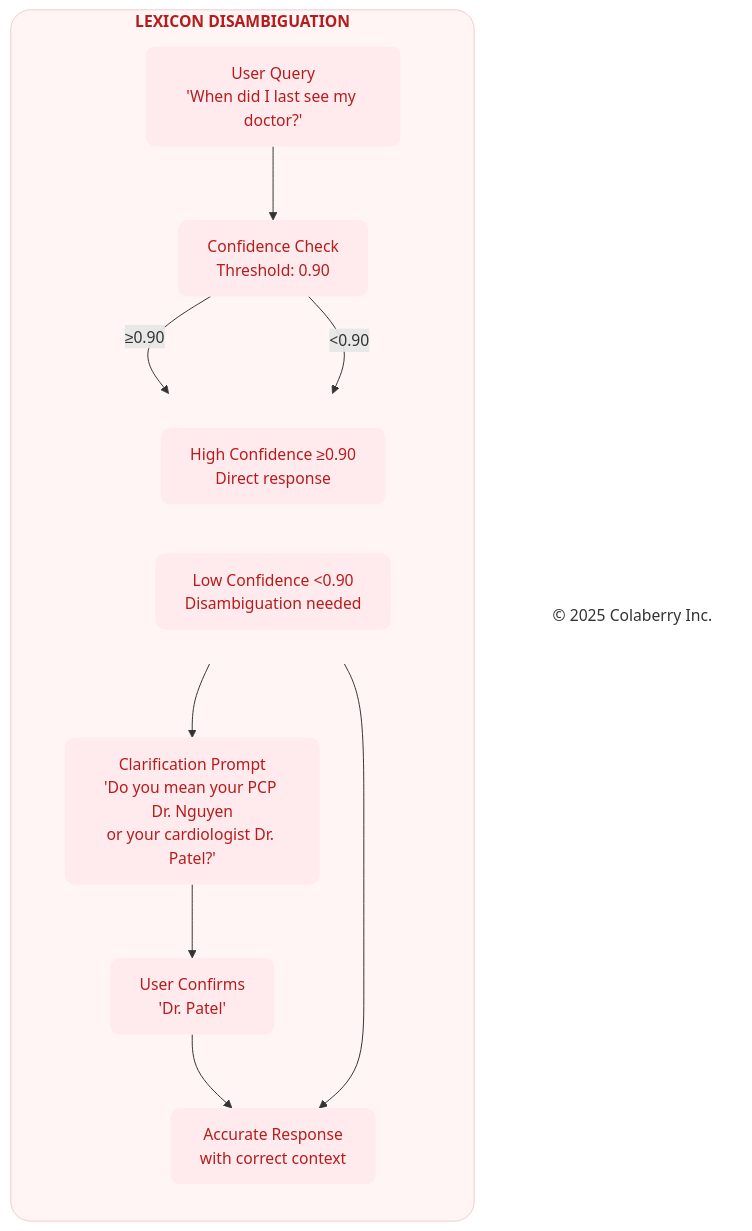
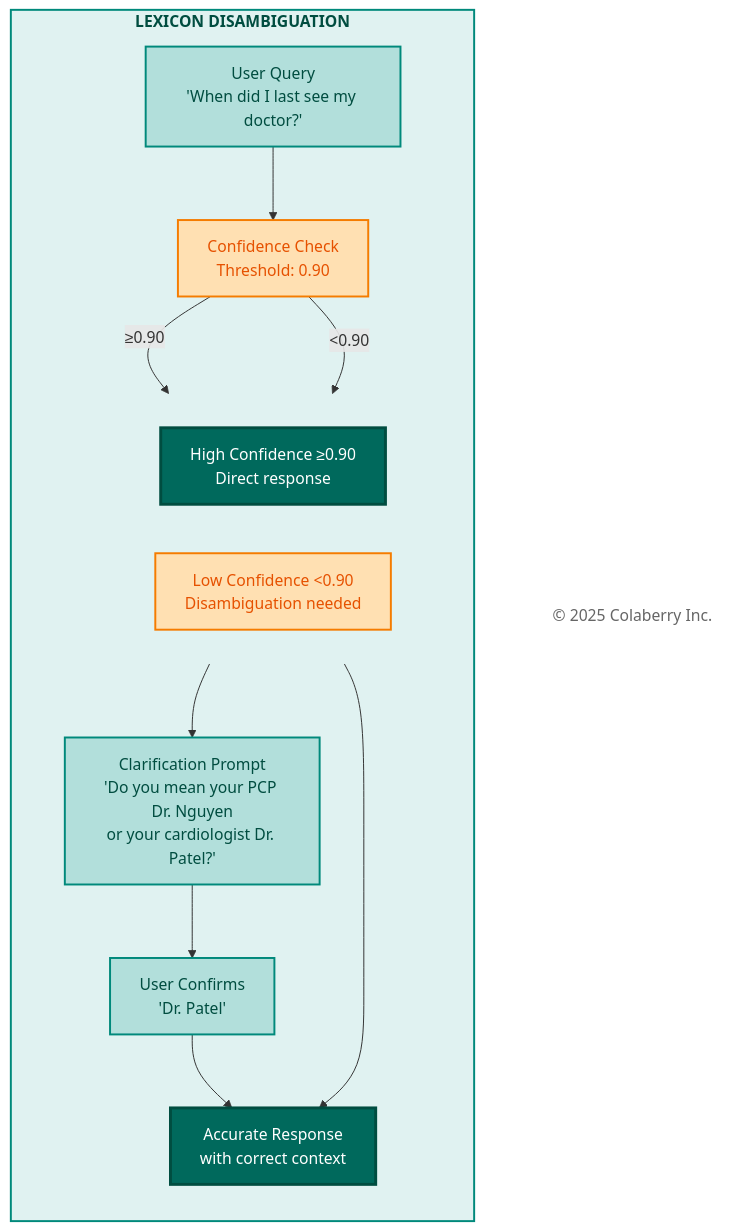
One commit to saitejesh-cyber/trust-before-intelligence-book changed the fifth of 11 diagrams in manuscript/09_chapter_8_architecture_of_trust_in_action.md. Above: the diagram before and after it, drawn with Mermaid. The commit also changed other lines of this file and 12 other files, not shown here.

Commit message:
Restore legacy Mermaid styles for Option 1

````diff
--- a/manuscript/09_chapter_8_architecture_of_trust_in_action.md
+++ b/manuscript/09_chapter_8_architecture_of_trust_in_action.md
@@ -339,42 +339,42 @@
 ```mermaid
 
 graph TB
   subgraph DISAMBIGUATION["<b>LEXICON DISAMBIGUATION</b>"]
     direction TB
     Q["User Query<br/>'When did I last see my doctor?'"]
     
     CONF["Confidence Check<br/>Threshold: 0.90"]
     
     subgraph PATHS[" "]
       direction LR
       HIGH["High Confidence ≥0.90<br/>Direct response"]
       LOW["Low Confidence <0.90<br/>Disambiguation needed"]
     end
     
     PROMPT["Clarification Prompt<br/>'Do you mean your PCP Dr. Nguyen<br/>or your cardiologist Dr. Patel?'"]
     
     RESP["User Confirms<br/>'Dr. Patel'"]
     
     RESULT["Accurate Response<br/>with correct context"]
   end
   
   Copyright["© 2025 Colaberry Inc."]
   
   Q --> CONF
   CONF -->|"≥0.90"| HIGH
   CONF -->|"<0.90"| LOW
   HIGH --> RESULT
   LOW --> PROMPT --> RESP --> RESULT
   
-  style DISAMBIGUATION fill:#fff5f5,stroke:#f2caca,stroke-width:1px,color:#b71c1c,rx:20,ry:20
-  style Q fill:#ffebee,stroke:none,color:#b71c1c,rx:10,ry:10
-  style CONF fill:#ffebee,stroke:none,color:#b71c1c,rx:10,ry:10
+  style DISAMBIGUATION fill:#e0f2f1,stroke:#00897b,stroke-width:2px,color:#004d40
+  style Q fill:#b2dfdb,stroke:#00897b,stroke-width:2px,color:#004d40
+  style CONF fill:#ffe0b2,stroke:#f57c00,stroke-width:2px,color:#e65100
   style PATHS fill:none,stroke:none
-  style HIGH fill:#ffebee,stroke:none,color:#b71c1c,rx:10,ry:10
-  style LOW fill:#ffebee,stroke:none,color:#b71c1c,rx:10,ry:10
-  style PROMPT fill:#ffebee,stroke:none,color:#b71c1c,rx:10,ry:10
-  style RESP fill:#ffebee,stroke:none,color:#b71c1c,rx:10,ry:10
-  style RESULT fill:#ffebee,stroke:none,color:#b71c1c,rx:10,ry:10
-  style Copyright fill:none,stroke:none,color:#333333
+  style HIGH fill:#00695c,color:#ffffff,stroke:#004d40,stroke-width:3px
+  style LOW fill:#ffe0b2,stroke:#f57c00,stroke-width:2px,color:#e65100
+  style PROMPT fill:#b2dfdb,stroke:#00897b,stroke-width:2px,color:#004d40
+  style RESP fill:#b2dfdb,stroke:#00897b,stroke-width:2px,color:#004d40
+  style RESULT fill:#00695c,color:#ffffff,stroke:#004d40,stroke-width:3px
+  style Copyright fill:#ffffff,stroke:none,color:#666666
 
 ```
````
